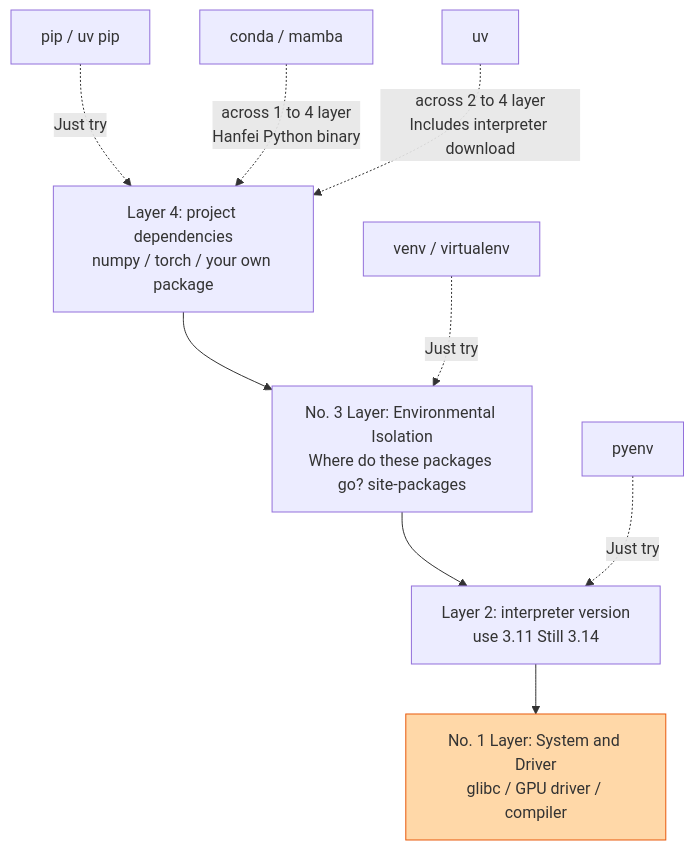
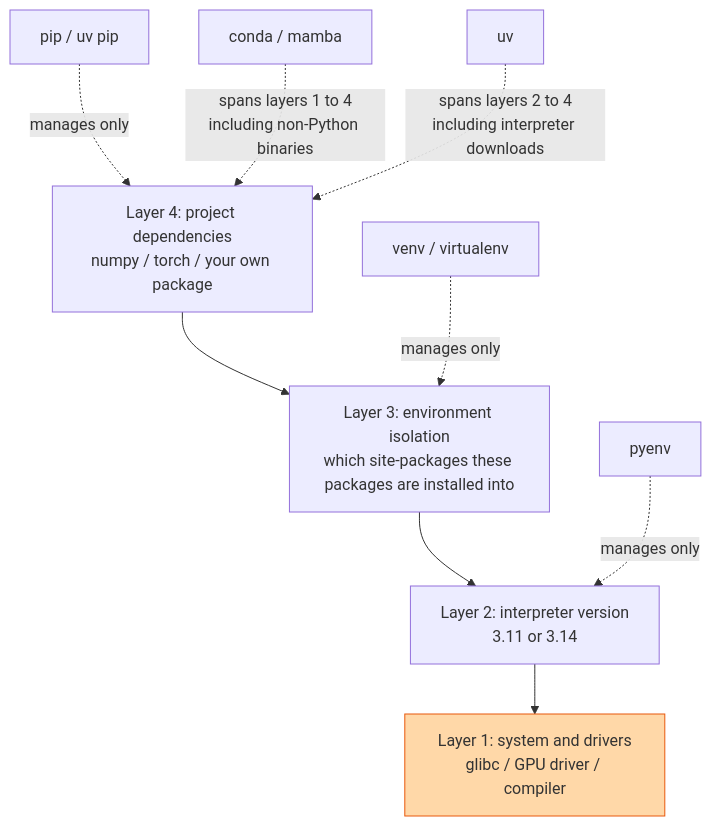
One commit to TingdeLiu/tingdeliu.github.io changed the third of 22 diagrams in _translations/en/research/Python-Engineering-Survey.md. Above: the diagram before and after it, drawn with Mermaid. The commit also changed other lines of this file and 51 other files, not shown here.

````diff
--- a/_translations/en/research/Python-Engineering-Survey.md
+++ b/_translations/en/research/Python-Engineering-Survey.md
@@ -187,15 +187,15 @@
 ```mermaid
 flowchart TB
     L1["Layer 4: project dependencies<br/>numpy / torch / your own package"]
-    L2["No. 3 Layer: Environmental Isolation<br/>Where do these packages go? site-packages"]
-    L3["Layer 2: interpreter version<br/>use 3.11 Still 3.14"]
-    L4["No. 1 Layer: System and Driver<br/>glibc / GPU driver / compiler"]
+    L2["Layer 3: environment isolation<br/>which site-packages these packages are installed into"]
+    L3["Layer 2: interpreter version<br/>3.11 or 3.14"]
+    L4["Layer 1: system and drivers<br/>glibc / GPU driver / compiler"]
     L1 --> L2 --> L3 --> L4
 
-    T1["pip / uv pip"] -.->|"Just try"| L1
-    T2["venv / virtualenv"] -.->|"Just try"| L2
-    T3["pyenv"] -.->|"Just try"| L3
-    T4["conda / mamba"] -.->|"across 1 to 4 layer<br/>Hanfei Python binary"| L1
-    T5["uv"] -.->|"across 2 to 4 layer<br/>Includes interpreter download"| L1
+    T1["pip / uv pip"] -.->|"manages only"| L1
+    T2["venv / virtualenv"] -.->|"manages only"| L2
+    T3["pyenv"] -.->|"manages only"| L3
+    T4["conda / mamba"] -.->|"spans layers 1 to 4<br/>including non-Python binaries"| L1
+    T5["uv"] -.->|"spans layers 2 to 4<br/>including interpreter downloads"| L1
     style L4 fill:#ffd8a8,stroke:#e8590c
 ```
````
